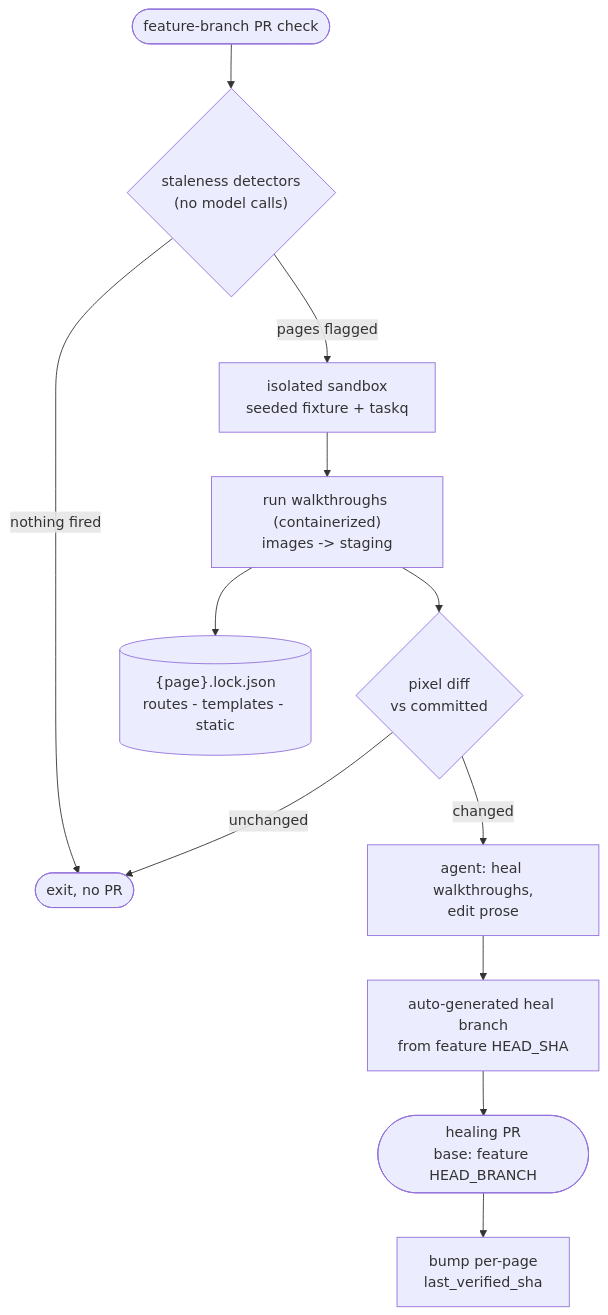
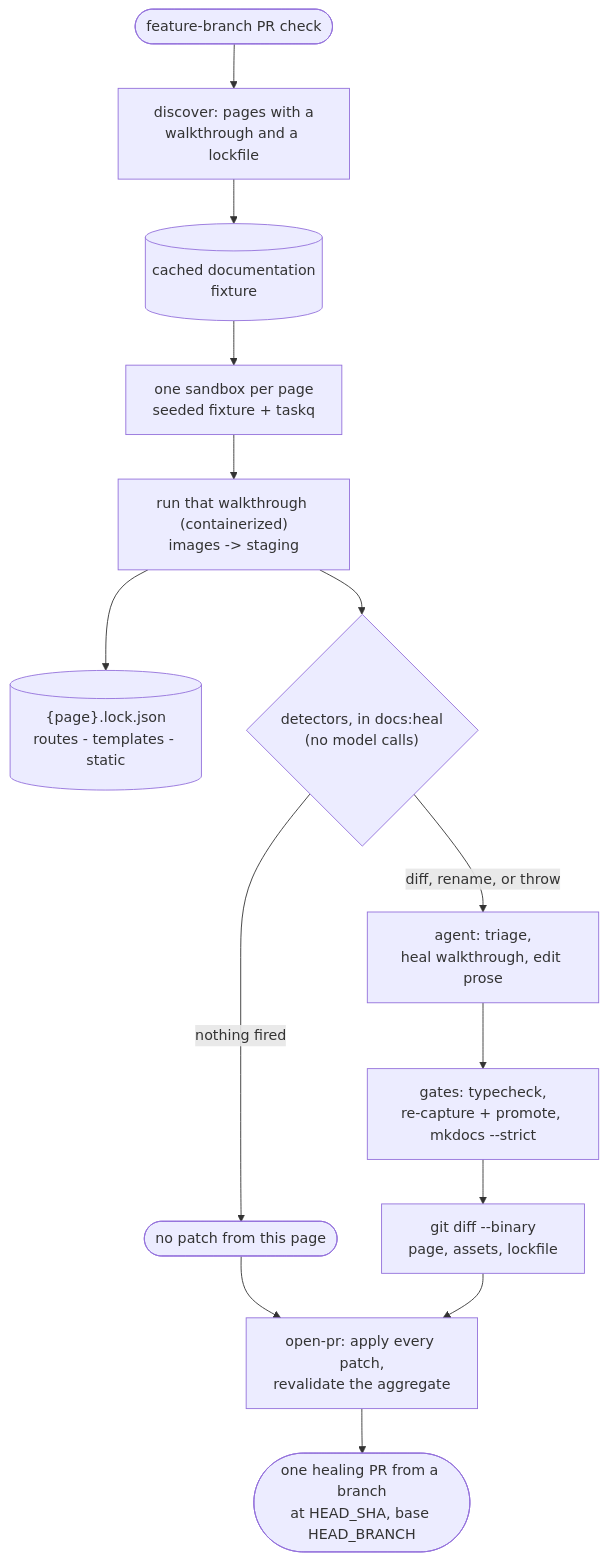
Before and after one commit to Jason-Turan0/yaffo: the diagram in yaffo_ui_tests/docs/documentation_automation.md, drawn with Mermaid. The commit also changed other lines of this file and 1 other file, not shown here.

Commit message:
Documentation!

````diff
--- a/yaffo_ui_tests/docs/documentation_automation.md
+++ b/yaffo_ui_tests/docs/documentation_automation.md
@@ -86,14 +91,16 @@
 ```mermaid
 flowchart TD
-    push([feature-branch PR check]) --> detectors{"staleness detectors<br/>(no model calls)"}
-    detectors -->|nothing fired| stop([exit, no PR])
-    detectors -->|pages flagged| sandbox["isolated sandbox<br/>seeded fixture + taskq"]
-    sandbox --> capture["run walkthroughs (containerized)<br/>images -> staging"]
+    push([feature-branch PR check]) --> discover["discover: pages with a<br/>walkthrough and a lockfile"]
+    discover --> fixture[("cached documentation<br/>fixture")]
+    fixture --> sandbox["one sandbox per page<br/>seeded fixture + taskq"]
+    sandbox --> capture["run that walkthrough (containerized)<br/>images -> staging"]
     capture --> obs[("{page}.lock.json<br/>routes - templates - static")]
-    capture --> pdiff{"pixel diff<br/>vs committed"}
-    pdiff -->|unchanged| stop
-    pdiff -->|changed| agent["agent: heal walkthroughs,<br/>edit prose"]
-    agent --> branch[auto-generated heal branch<br/>from feature HEAD_SHA]
-    branch --> pr([healing PR<br/>base: feature HEAD_BRANCH])
-    pr --> watermark["bump per-page<br/>last_verified_sha"]
+    capture --> detectors{"detectors, in docs:heal<br/>(no model calls)"}
+    detectors -->|nothing fired| stop([no patch from this page])
+    detectors -->|diff, rename, or throw| agent["agent: triage,<br/>heal walkthrough, edit prose"]
+    agent --> gate["gates: typecheck,<br/>re-capture + promote, mkdocs --strict"]
+    gate --> patch["git diff --binary<br/>page, assets, lockfile"]
+    stop --> collect
+    patch --> collect["open-pr: apply every patch,<br/>revalidate the aggregate"]
+    collect --> pr([one healing PR from a branch<br/>at HEAD_SHA, base HEAD_BRANCH])
 ```
````
